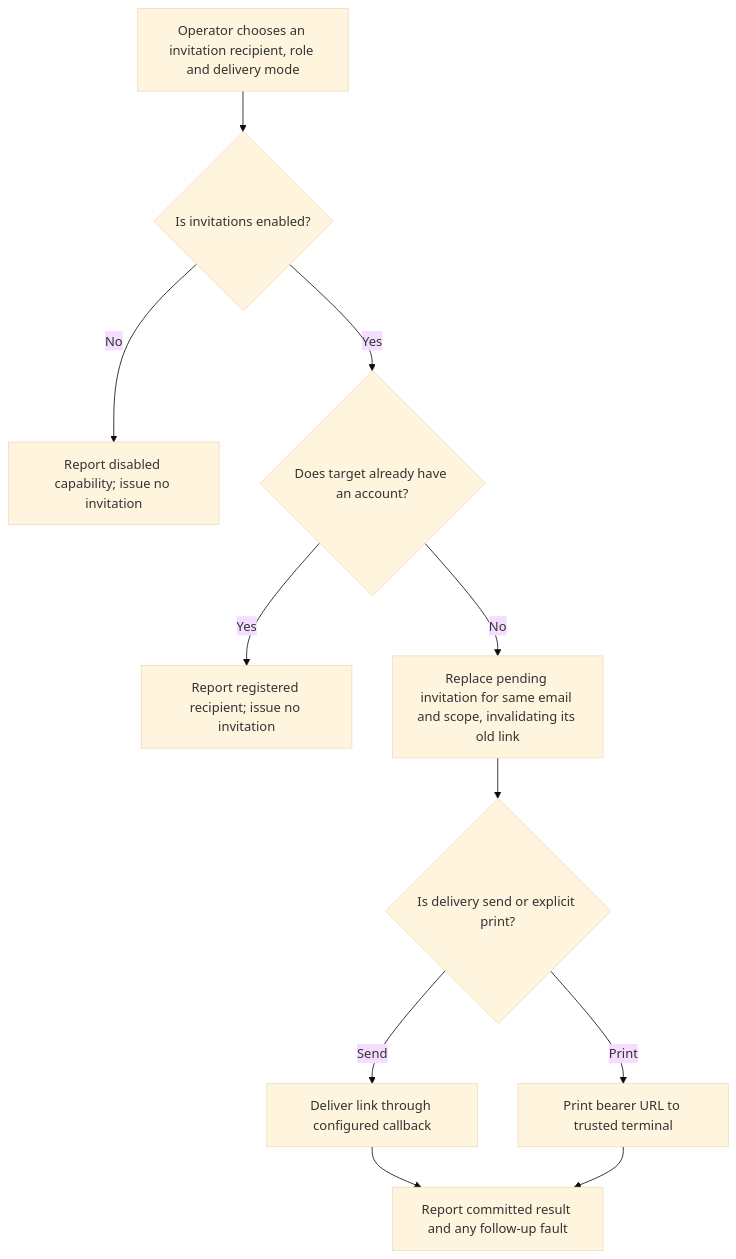
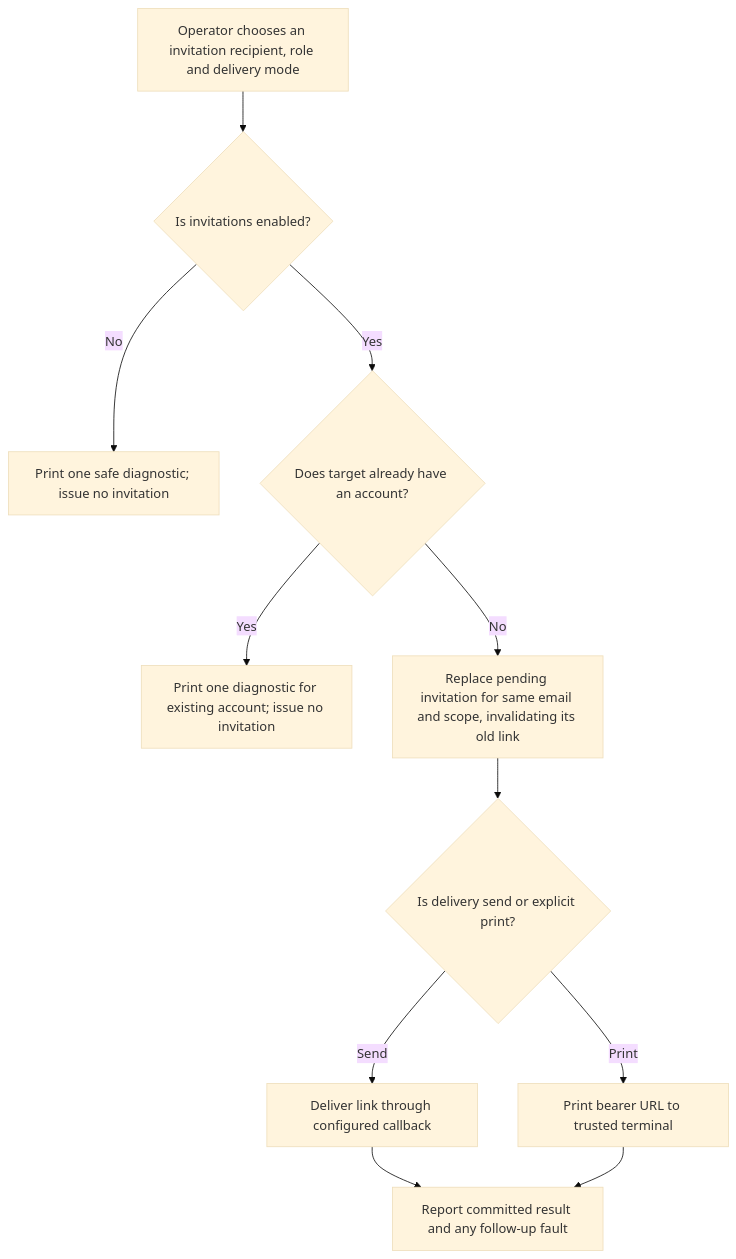
Before and after one commit to Kevinjohn/oss-adonisjs-account-kit: the first of 2 diagrams in user-stories/US-ACCOUNT-36-use-operator-account-commands.md, drawn with Mermaid (base theme). The commit also changed other lines of this file and 21 other files, not shown here.

````diff
--- a/user-stories/US-ACCOUNT-36-use-operator-account-commands.md
+++ b/user-stories/US-ACCOUNT-36-use-operator-account-commands.md
@@ -18,13 +19,13 @@
 ```mermaid
 flowchart TD
  A["Operator chooses an invitation recipient, role and delivery mode"] --> B{"Is invitations enabled?"}
- B -->|No| C["Report disabled capability; issue no invitation"]
+ B -->|No| C["Print one safe diagnostic; issue no invitation"]
  B -->|Yes| D{"Does target already have an account?"}
- D -->|Yes| E["Report registered recipient; issue no invitation"]
+ D -->|Yes| E["Print one diagnostic for existing account; issue no invitation"]
  D -->|No| F["Replace pending invitation for same email and scope, invalidating its old link"]
  F --> G{"Is delivery send or explicit print?"}
  G -->|Send| H["Deliver link through configured callback"]
  G -->|Print| I["Print bearer URL to trusted terminal"]
  H --> J["Report committed result and any follow-up fault"]
  I --> J
 ```
````
